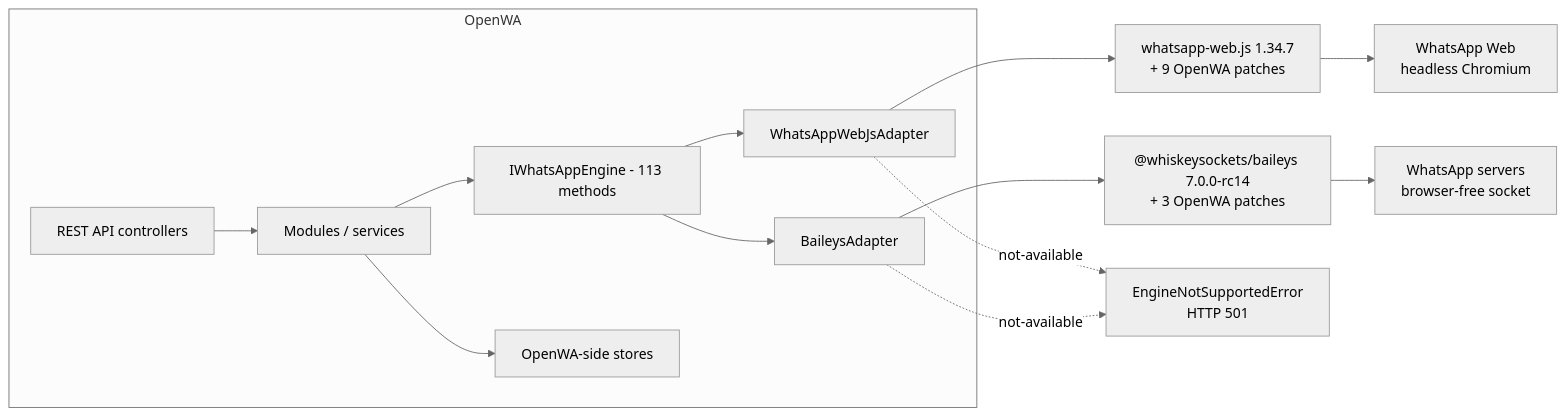
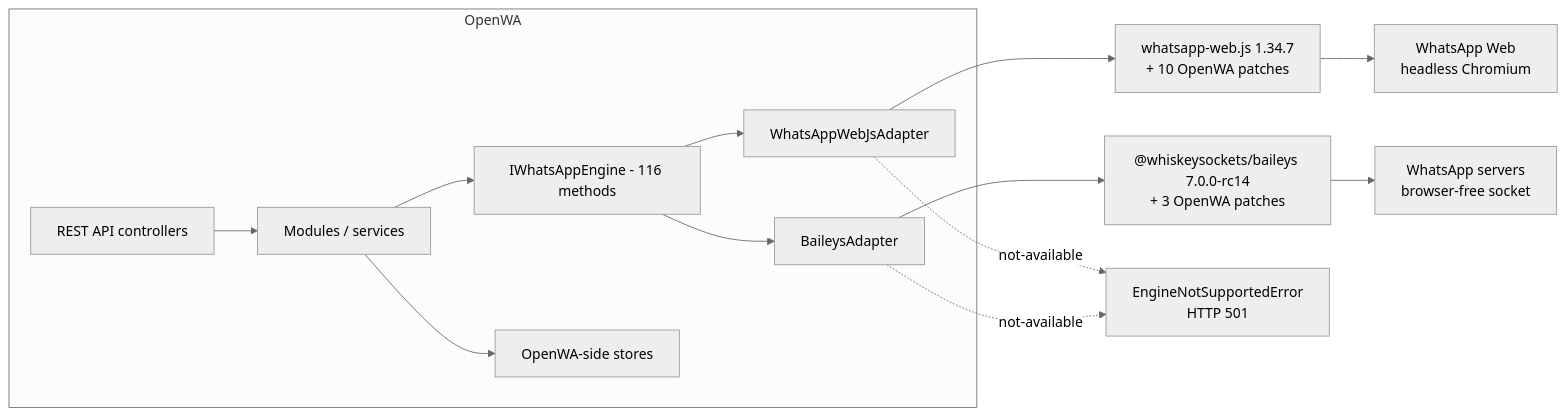
The first of 2 diagrams in docs/29-engine-capability-matrix.md (Y345ez/OpenWA-mlakot), drawn with Mermaid (neutral theme) before and after one commit. The commit also changed other lines of this file and 1478 other files, not shown here.

````diff
--- a/docs/29-engine-capability-matrix.md
+++ b/docs/29-engine-capability-matrix.md
@@ -44,16 +47,16 @@
 ```mermaid
 flowchart LR
     subgraph OpenWA["OpenWA"]
         API["REST API controllers"] --> SVC["Modules / services"]
-        SVC --> IF["IWhatsAppEngine - 113 methods"]
+        SVC --> IF["IWhatsAppEngine - 116 methods"]
         IF --> WA["WhatsAppWebJsAdapter"]
         IF --> BA["BaileysAdapter"]
         SVC --> STORE["OpenWA-side stores"]
     end
-    WA --> WLIB["whatsapp-web.js 1.34.7<br/>+ 9 OpenWA patches"]
+    WA --> WLIB["whatsapp-web.js 1.34.7<br/>+ 10 OpenWA patches"]
     BA --> BLIB["@whiskeysockets/baileys 7.0.0-rc14<br/>+ 3 OpenWA patches"]
     WLIB --> WEB["WhatsApp Web<br/>headless Chromium"]
     BLIB --> WAS["WhatsApp servers<br/>browser-free socket"]
     WA -.->|"not-available"| E["EngineNotSupportedError<br/>HTTP 501"]
     BA -.->|"not-available"| E
 ```
````
